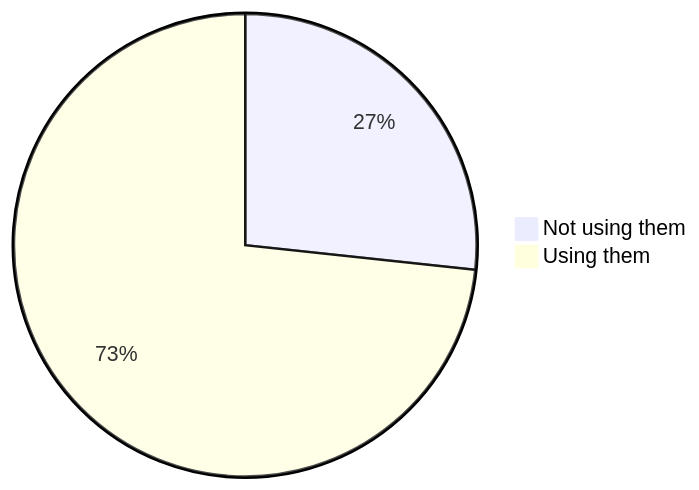
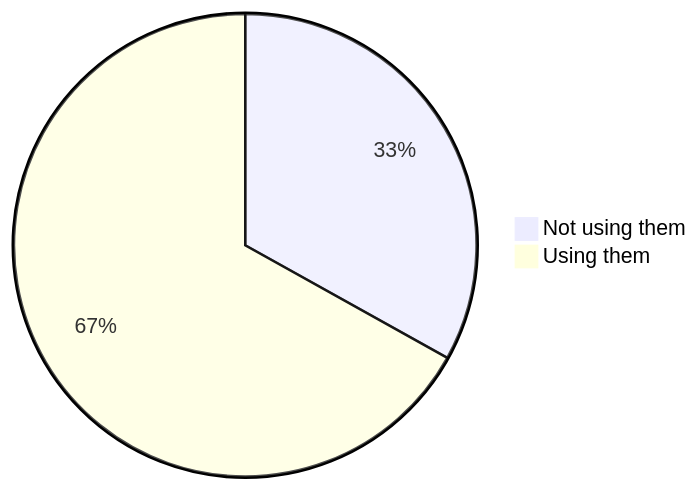
Before and after one commit to oshp/oshp-stats: the first of 22 diagrams in stats.md, drawn with Mermaid. The commit also changed other lines of this file, not shown here.

````diff
--- a/stats.md
+++ b/stats.md
@@ -10,6 +10,6 @@
 ```mermaid
 pie
-	"Not using them" : 26.69
-	"Using them" : 73.31
+	"Not using them" : 33.09
+	"Using them" : 66.91
 
 ```
````
